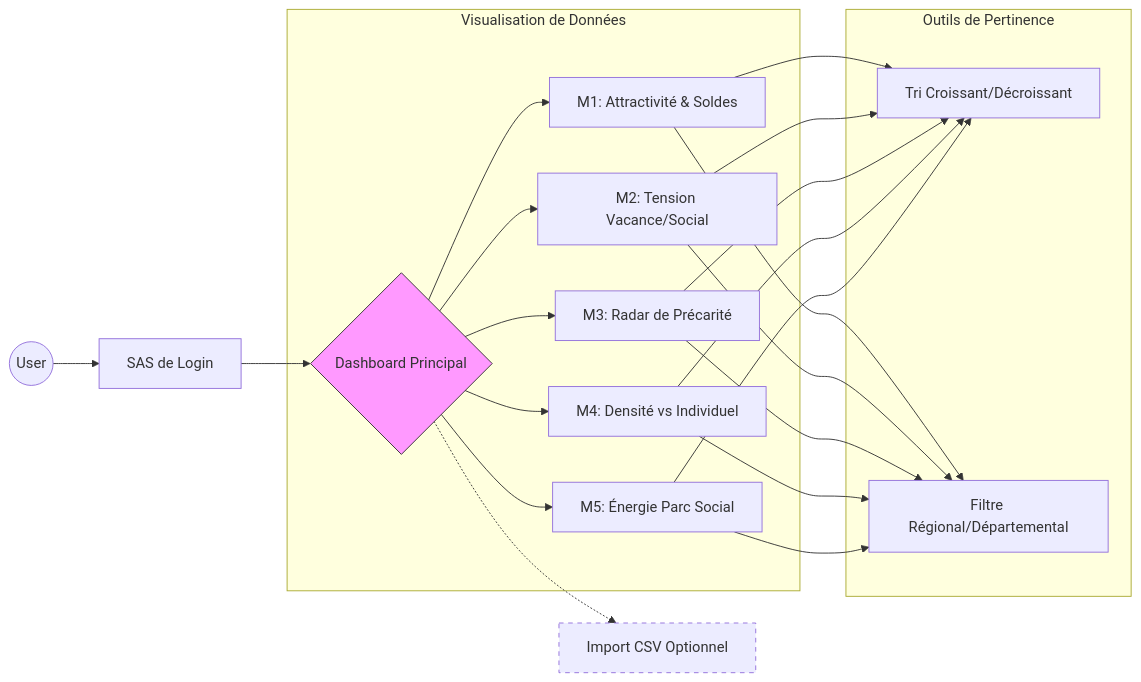
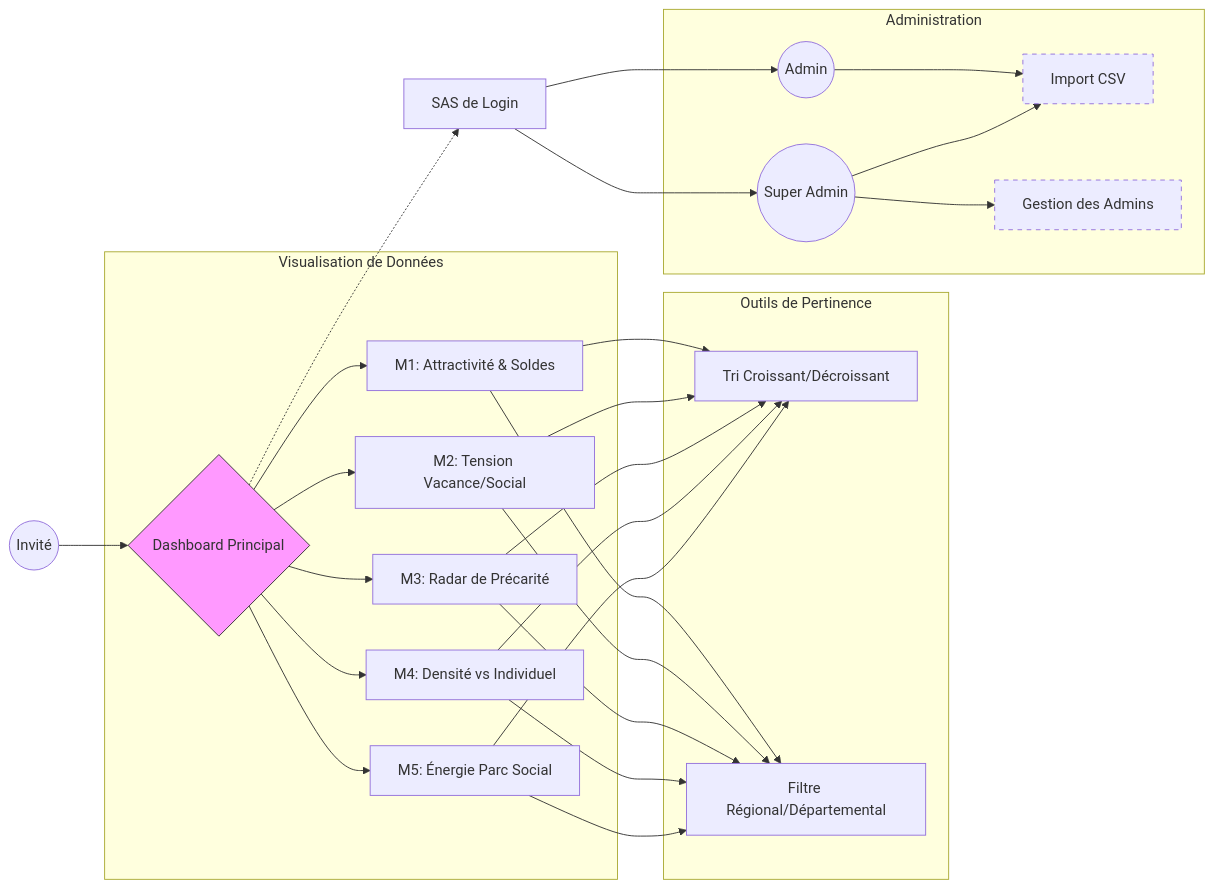
One commit to zoaavela/dataVizApp changed the diagram in shared/usecaseDiagram.mmd. Above: the diagram before and after it, drawn with Mermaid.

Commit message:
usecase update

```diff
--- a/shared/usecaseDiagram.mmd
+++ b/shared/usecaseDiagram.mmd
@@ -1,21 +1,29 @@
 graph LR
-    User((User)) --> Login[SAS de Login]
-    Login --> Dashboard{Dashboard Principal}
+    Guest((Invité)) --> Dashboard{Dashboard Principal}
     
     subgraph "Visualisation de Données"
         Dashboard --> M1[M1: Attractivité & Soldes]
         Dashboard --> M2[M2: Tension Vacance/Social]
         Dashboard --> M3[M3: Radar de Précarité]
         Dashboard --> M4[M4: Densité vs Individuel]
         Dashboard --> M5[M5: Énergie Parc Social]
     end
 
     subgraph "Outils de Pertinence"
         M1 & M2 & M3 & M4 & M5 --> Sort[Tri Croissant/Décroissant]
         M1 & M2 & M3 & M4 & M5 --> Filter[Filtre Régional/Départemental]
     end
 
-    Dashboard -.-> Admin[Import CSV Optionnel]
+    Dashboard -.-> Login[SAS de Login]
+    Login --> Admin((Admin))
+    Login --> SuperAdmin((Super Admin))
+
+    subgraph "Administration"
+        Admin --> ImportCSV[Import CSV]
+        SuperAdmin --> ImportCSV
+        SuperAdmin --> ManageAdmins[Gestion des Admins]
+    end
     
     style Dashboard fill:#f9f,stroke:#333
-    style Admin stroke-dasharray: 5 5
+    style ImportCSV stroke-dasharray: 5 5
+    style ManageAdmins stroke-dasharray: 5 5
```
